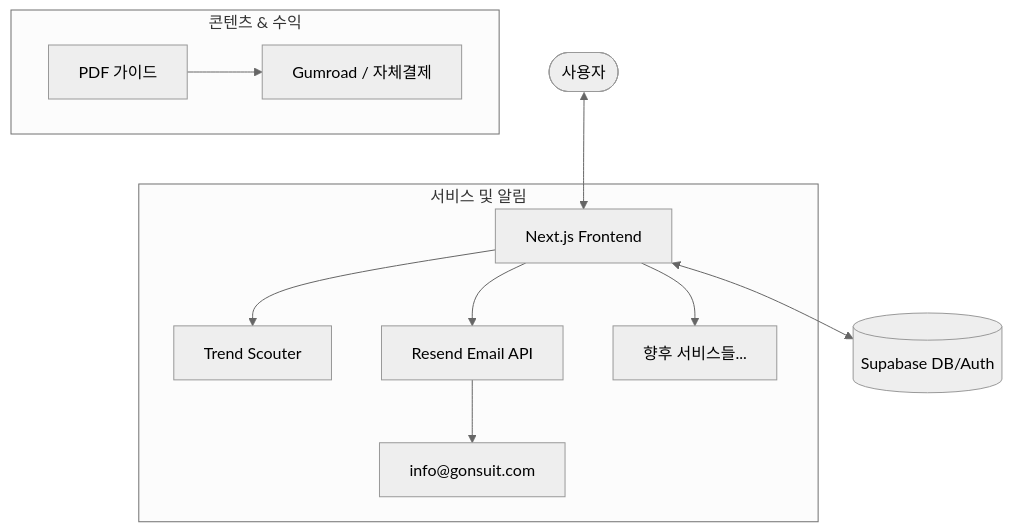
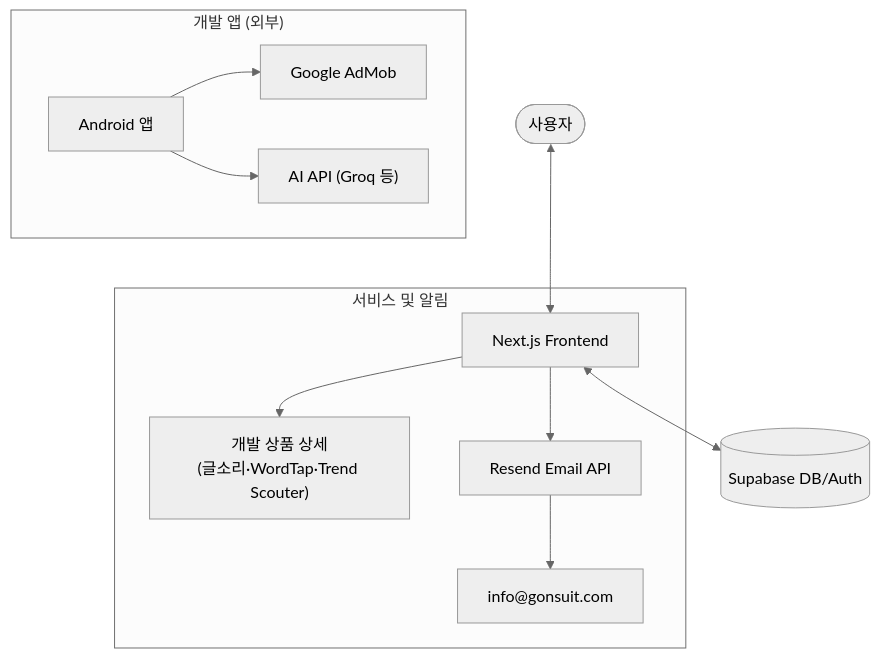
The diagram in 1_PRD.md (DeuklyoungKo/gonsuit), drawn with Mermaid (neutral theme) before and after one commit. The commit also changed other lines of this file and 5 other files, not shown here.

````diff
--- a/1_PRD.md
+++ b/1_PRD.md
@@ -68,16 +66,16 @@
 ```mermaid
 flowchart TD
     User([사용자]) <--> Frontend[Next.js Frontend]
     Frontend <--> Supabase[(Supabase DB/Auth)]
 
-    subgraph "콘텐츠 & 수익"
-        Resources[PDF 가이드] --> Gumroad[Gumroad / 자체결제]
+    subgraph "서비스 및 알림"
+        Frontend --> Products["개발 상품 상세<br/>(글소리·WordTap·Trend Scouter)"]
+        Frontend --> Resend[Resend Email API]
+        Resend --> AdminEmail["info@gonsuit.com"]
     end
 
-    subgraph "서비스 및 알림"
-        Frontend --> TrendScouter[Trend Scouter]
-        Frontend --> Resend[Resend Email API]
-        Resend --> AdminEmail["info@gonsuit.com"]
-        Frontend --> FutureService[향후 서비스들...]
+    subgraph "개발 앱 (외부)"
+        AndroidApp[Android 앱] --> AdMob[Google AdMob]
+        AndroidApp --> AI["AI API (Groq 등)"]
     end
 ```
````
